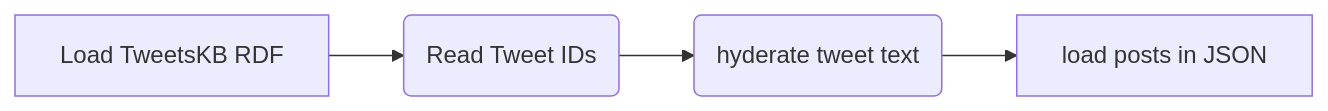
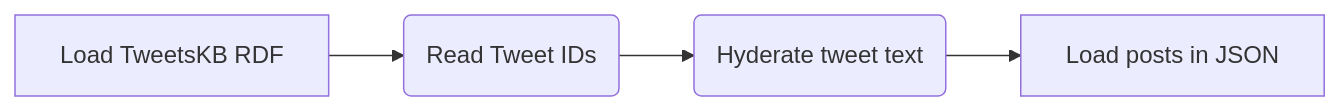
One commit to BDA-KTS/semantic-search-over_social-media-posts changed the diagram in README.md. Above: the diagram before and after it, drawn with Mermaid.

````diff
--- a/README.md
+++ b/README.md
@@ -40,6 +40,6 @@
 ```mermaid
 graph LR
 A[Load TweetsKB RDF] -->B(Read Tweet IDs)
-    B --> C(hyderate tweet text)
-    C --> D[load posts in JSON]
+    B --> C(Hyderate tweet text)
+    C --> D[Load posts in JSON]
 ```
````
